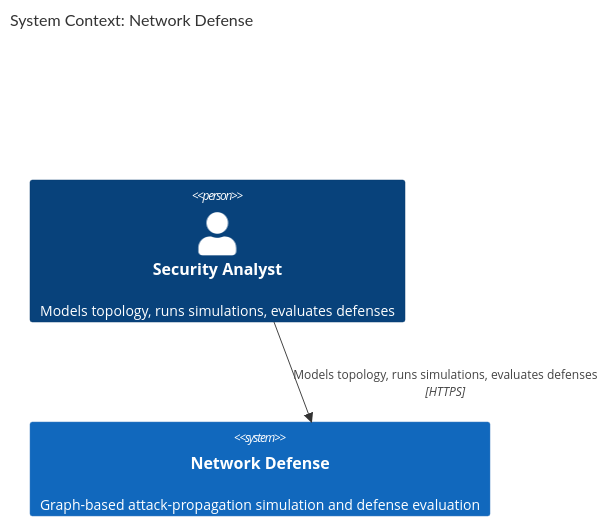
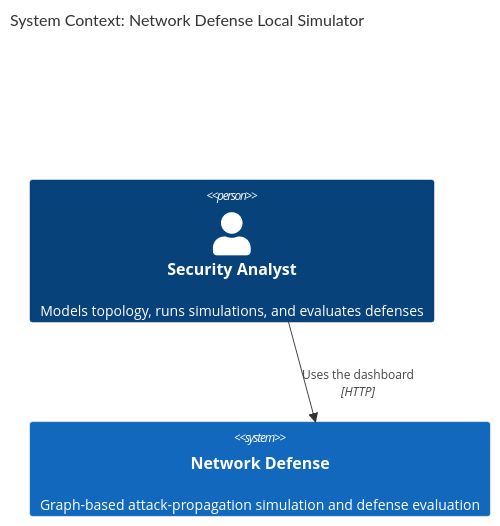
Before and after one commit to michalo1334/master_thesis: the first of 4 diagrams in docs/architecture.md, drawn with Mermaid. The commit also changed other lines of this file and 1 other file, not shown here.

Commit message:
docs(architecture): update multi-site topology

````diff
--- a/docs/architecture.md
+++ b/docs/architecture.md
@@ -13,9 +9,9 @@
 ```mermaid
 C4Context
-  title System Context: Network Defense
+  title System Context: Network Defense Local Simulator
 
-  Person(securityAnalyst, "Security Analyst", "Models topology, runs simulations, evaluates defenses")
+  Person(securityAnalyst, "Security Analyst", "Models topology, runs simulations, and evaluates defenses")
   System(networkDefense, "Network Defense", "Graph-based attack-propagation simulation and defense evaluation")
 
-  Rel(securityAnalyst, networkDefense, "Models topology, runs simulations, evaluates defenses", "HTTPS")
+  Rel(securityAnalyst, networkDefense, "Uses the dashboard", "HTTP")
 ```
````
